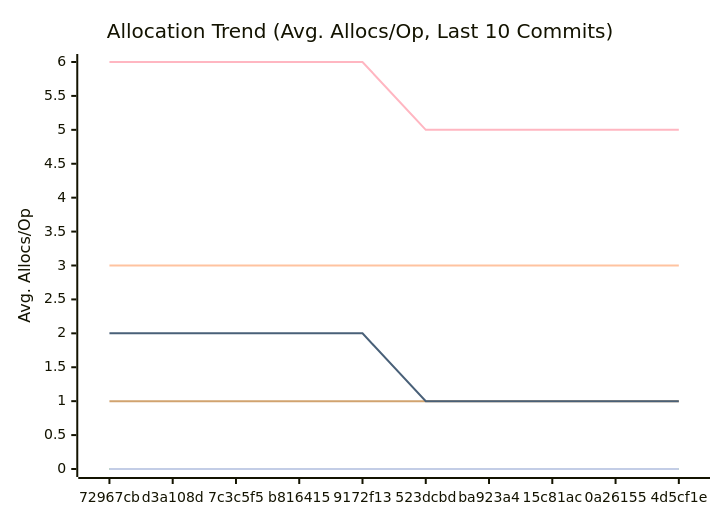
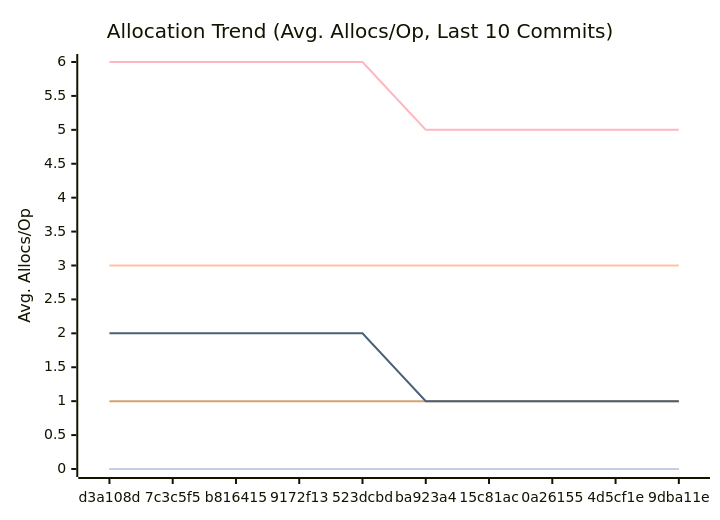
Before and after one commit to alsotoes/momo: the third of 3 diagrams in docs/PERFORMANCE.md, drawn with Mermaid. The commit also changed other lines of this file and 2 other files, not shown here.

````diff
--- a/docs/PERFORMANCE.md
+++ b/docs/PERFORMANCE.md
@@ -115,16 +114,16 @@
 ```mermaid
 xychart-beta
     title "Allocation Trend (Avg. Allocs/Op, Last 10 Commits)"
     x-axis "Commit"
     y-axis "Avg. Allocs/Op"
-    x-axis [72967cb,d3a108d,7c3c5f5,b816415,9172f13,523dcbd,ba923a4,15c81ac,0a26155,4d5cf1e]
+    x-axis [d3a108d,7c3c5f5,b816415,9172f13,523dcbd,ba923a4,15c81ac,0a26155,4d5cf1e,9dba11e]
     line "CheckMetricsAndSwap" [0,0,0,0,0,0,0,0,0,0]
     line "CrushOptimized" [0,0,0,0,0,0,0,0,0,0]
     line "CrushOriginal" [3,3,3,3,3,3,3,3,3,3]
     line "IndexDirectTracking" [0,0,0,0,0,0,0,0,0,0]
     line "IndexSearch" [0,0,0,0,0,0,0,0,0,0]
     line "LoadGlobalConfig" [1,1,1,1,1,1,1,1,1,1]
     line "PadString" [0,0,0,0,0,0,0,0,0,0]
     line "ParseReplicationOrder_NoPrealloc" [6,6,6,6,6,5,5,5,5,5]
     line "ParseReplicationOrder_Prealloc" [2,2,2,2,2,1,1,1,1,1]
 ```
````
